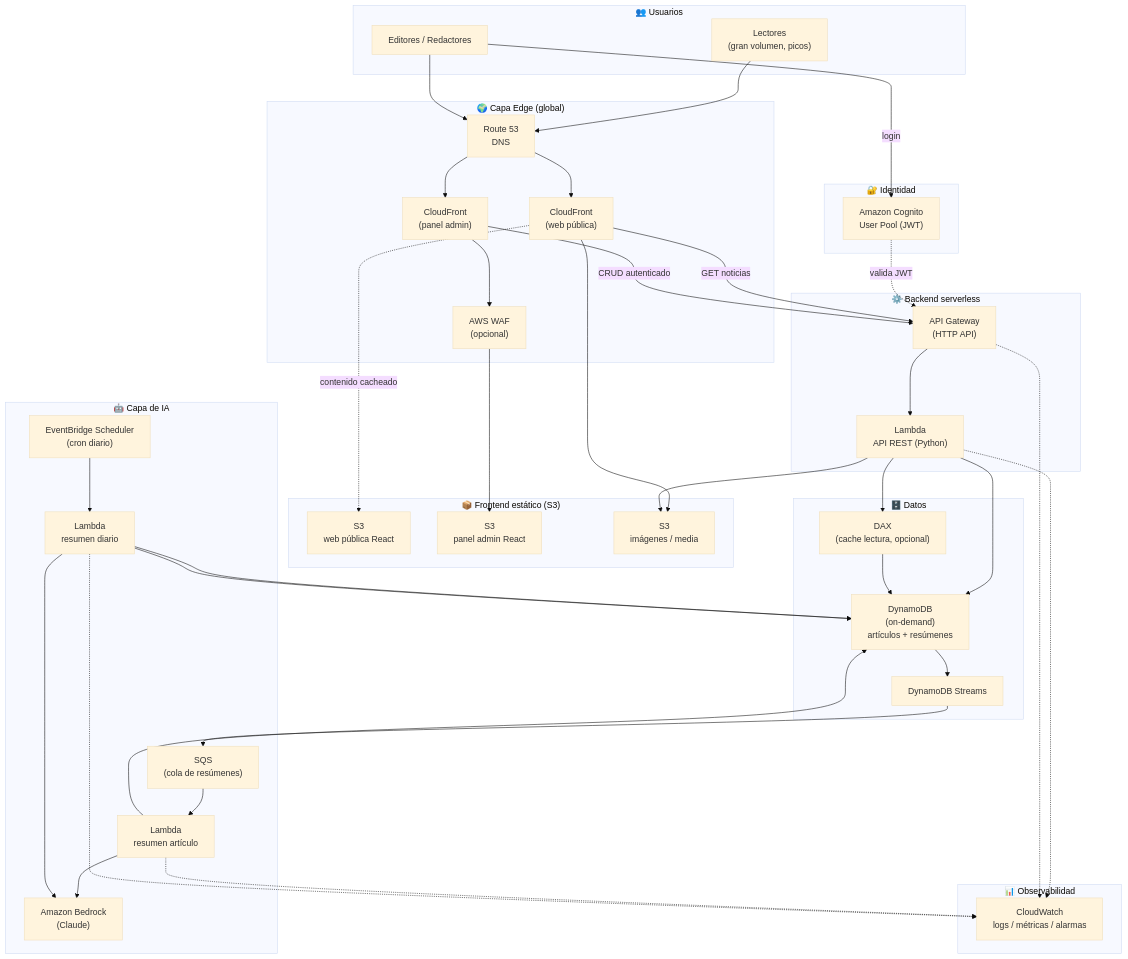
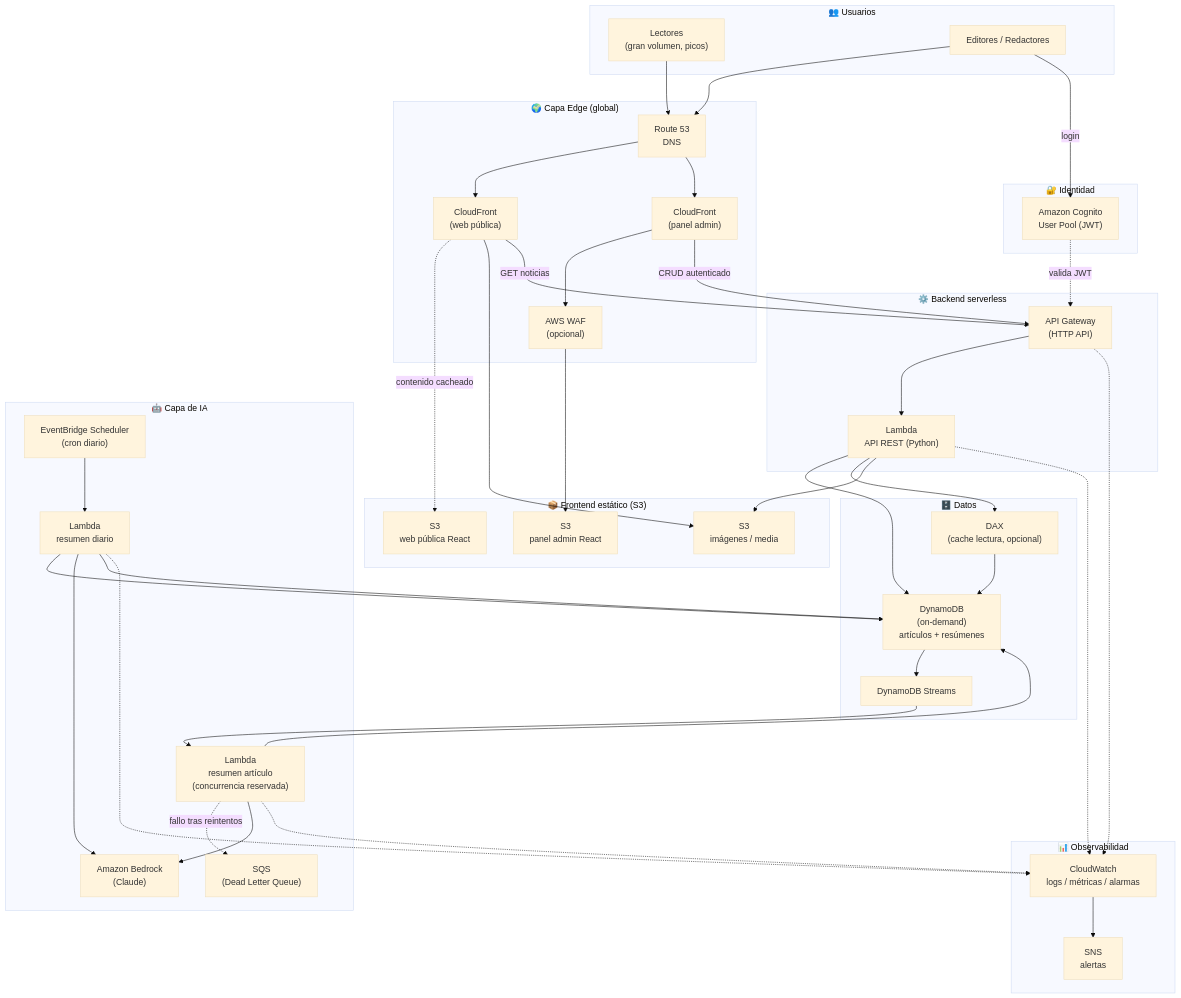
Before and after one commit to JMMAILabs/NewsNow: the diagram in docs/diagrams/arquitectura-infra.md, drawn with Mermaid (base theme). The commit also changed other lines of this file and 14 other files, not shown here.

````diff
--- a/docs/diagrams/arquitectura-infra.md
+++ b/docs/diagrams/arquitectura-infra.md
@@ -8,79 +8,82 @@
 ```mermaid
 flowchart TB
     subgraph Users["👥 Usuarios"]
         Reader["Lectores<br/>(gran volumen, picos)"]
         Editor["Editores / Redactores"]
     end
 
     subgraph Edge["🌍 Capa Edge (global)"]
         R53["Route 53<br/>DNS"]
         CFpub["CloudFront<br/>(web pública)"]
         CFadm["CloudFront<br/>(panel admin)"]
         WAF["AWS WAF<br/>(opcional)"]
     end
 
     subgraph Static["📦 Frontend estático (S3)"]
         S3pub["S3<br/>web pública React"]
         S3adm["S3<br/>panel admin React"]
         S3media["S3<br/>imágenes / media"]
     end
 
     subgraph Identity["🔐 Identidad"]
         Cognito["Amazon Cognito<br/>User Pool (JWT)"]
     end
 
     subgraph Backend["⚙️ Backend serverless"]
         APIGW["API Gateway<br/>(HTTP API)"]
         LambdaAPI["Lambda<br/>API REST (Python)"]
     end
 
     subgraph Data["🗄️ Datos"]
         DDB["DynamoDB<br/>(on-demand)<br/>artículos + resúmenes"]
         DAX["DAX<br/>(cache lectura, opcional)"]
         Streams["DynamoDB Streams"]
     end
 
     subgraph AI["🤖 Capa de IA"]
-        SQS["SQS<br/>(cola de resúmenes)"]
-        LambdaSum["Lambda<br/>resumen artículo"]
+        LambdaSum["Lambda<br/>resumen artículo<br/>(concurrencia reservada)"]
+        DLQ["SQS<br/>(Dead Letter Queue)"]
         EB["EventBridge Scheduler<br/>(cron diario)"]
         LambdaDaily["Lambda<br/>resumen diario"]
         Bedrock["Amazon Bedrock<br/>(Claude)"]
     end
 
     subgraph Obs["📊 Observabilidad"]
         CW["CloudWatch<br/>logs / métricas / alarmas"]
+        SNS["SNS<br/>alertas"]
     end
 
     Reader --> R53
     Editor --> R53
     R53 --> CFpub
     R53 --> CFadm
     CFpub -. contenido cacheado .-> S3pub
     CFadm --> WAF --> S3adm
     CFpub --> S3media
 
     CFpub -->|GET noticias| APIGW
     CFadm -->|CRUD autenticado| APIGW
     Editor -->|login| Cognito
     Cognito -. valida JWT .-> APIGW
 
     APIGW --> LambdaAPI
     LambdaAPI --> DDB
     LambdaAPI --> DAX --> DDB
     LambdaAPI --> S3media
 
-    DDB --> Streams --> SQS --> LambdaSum
+    DDB --> Streams --> LambdaSum
+    LambdaSum -. fallo tras reintentos .-> DLQ
     LambdaSum --> Bedrock
     LambdaSum --> DDB
 
     EB --> LambdaDaily
     LambdaDaily --> DDB
     LambdaDaily --> Bedrock
     LambdaDaily --> DDB
 
     LambdaAPI -.-> CW
     LambdaSum -.-> CW
     LambdaDaily -.-> CW
     APIGW -.-> CW
+    CW --> SNS
 ```
````
